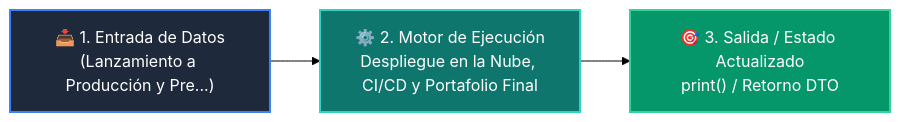
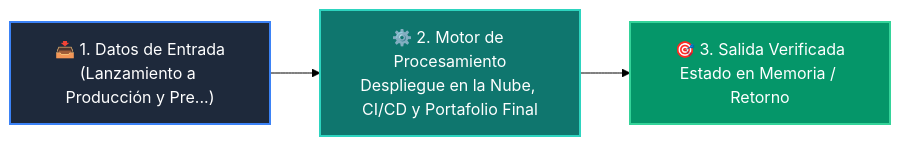
One commit to wisrovi/wisrovi-python changed the diagram in 04-proyecto-final/clase-08-despliegue-cicd-portafolio/README.md. Above: the diagram before and after it, drawn with Mermaid (forest theme). The commit also changed other lines of this file and 226 other files, not shown here.

Commit message:
docs: elevate all repository READMEs to world-class mastery standard with rich pedagogical architecture, custom Mermaids, and professional styling

````diff
--- a/04-proyecto-final/clase-08-despliegue-cicd-portafolio/README.md
+++ b/04-proyecto-final/clase-08-despliegue-cicd-portafolio/README.md
@@ -12,9 +26,9 @@
 ```mermaid
 flowchart LR
-    A["📥 1. Entrada de Datos<br/>(Lanzamiento a Producción y Pre...)"] --> B["⚙️ 2. Motor de Ejecución<br/>Despliegue en la Nube, CI/CD y Portafolio Final"]
-    B --> C["🎯 3. Salida / Estado Actualizado<br/>print() / Retorno DTO"]
+    IN["📥 1. Datos de Entrada<br/>(Lanzamiento a Producción y Pre...)"] --> ENG["⚙️ 2. Motor de Procesamiento<br/>Despliegue en la Nube, CI/CD y Portafolio Final"]
+    ENG --> OUT["🎯 3. Salida Verificada<br/>Estado en Memoria / Retorno"]
 
-    style A fill:#1e293b,color:#ffffff,stroke:#3b82f6,stroke-width:2px
-    style B fill:#0f766e,color:#ffffff,stroke:#2dd4bf,stroke-width:2px
-    style C fill:#059669,color:#ffffff,stroke:#34d399,stroke-width:2px
+    style IN fill:#1e293b,color:#ffffff,stroke:#3b82f6,stroke-width:2px
+    style ENG fill:#0f766e,color:#ffffff,stroke:#2dd4bf,stroke-width:2px
+    style OUT fill:#059669,color:#ffffff,stroke:#34d399,stroke-width:2px
 ```
````
